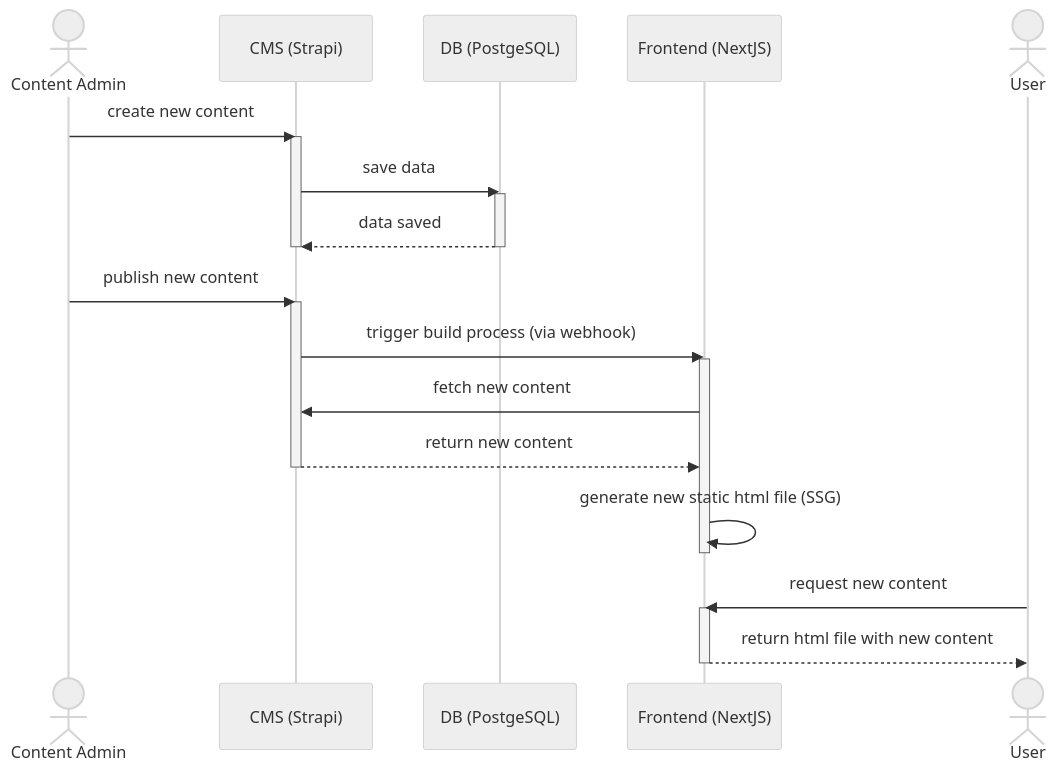
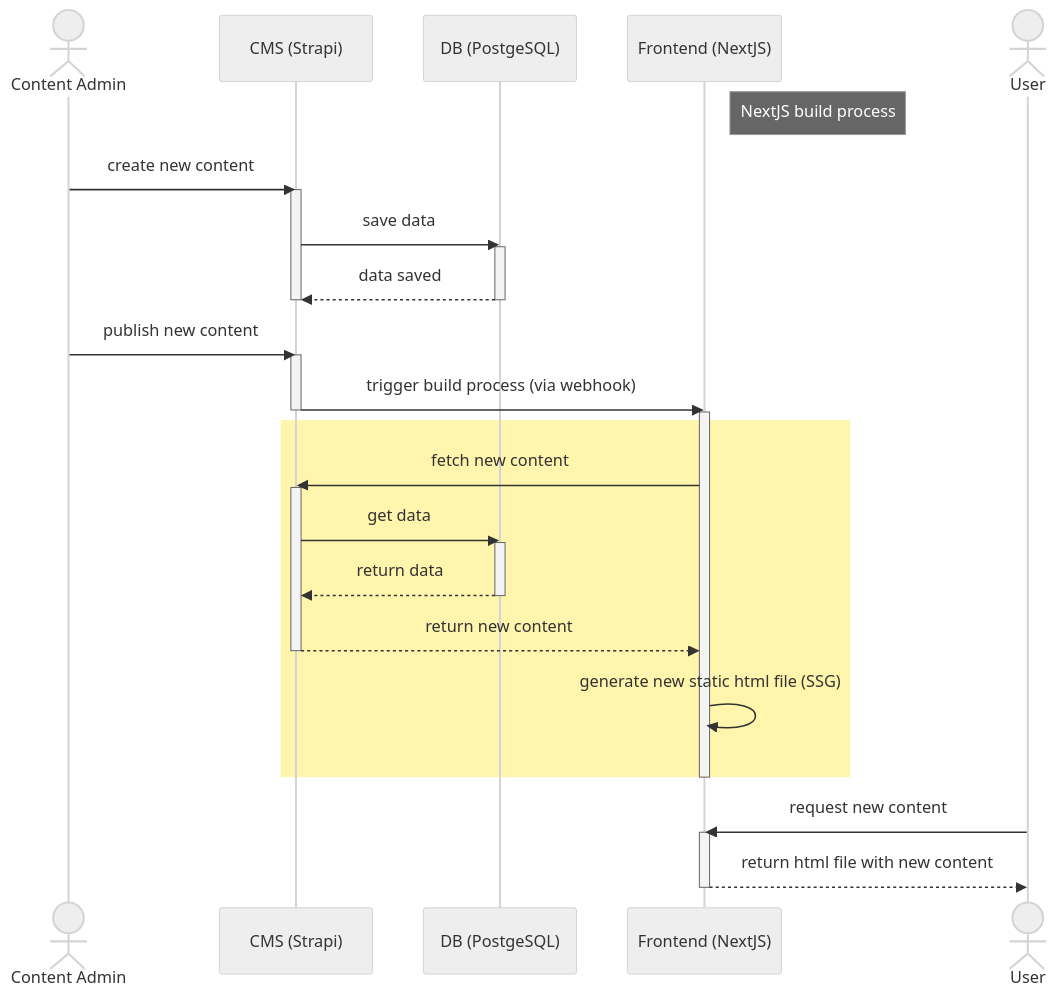
One commit to TSC-Rot-Gold-Casino-Nurnberg-e-V/diagrams changed the diagram in content-flow.md. Above: the diagram before and after it, drawn with Mermaid (neutral theme).

Commit message:
visualized build process when a new content is published

````diff
--- a/content-flow.md
+++ b/content-flow.md
@@ -5,28 +5,39 @@
 ```mermaid
 sequenceDiagram
     actor Content Admin
     participant CMS (Strapi)
     participant DB (PostgeSQL)
     participant Frontend (NextJS)
     actor User
+    
+    note right of Frontend (NextJS): NextJS build process
+
     Content Admin->>CMS (Strapi): create new content
     activate CMS (Strapi)
     CMS (Strapi)->>DB (PostgeSQL): save data
     activate DB (PostgeSQL)
     DB (PostgeSQL)-->>CMS (Strapi): data saved
     deactivate DB (PostgeSQL)
     deactivate CMS (Strapi)
     Content Admin->>CMS (Strapi): publish new content
     activate CMS (Strapi)
     CMS (Strapi)->>Frontend (NextJS): trigger build process (via webhook)
+    deactivate CMS (Strapi)
     activate Frontend (NextJS)
+    rect rgb(255, 245, 173)
     Frontend (NextJS)->>CMS (Strapi): fetch new content
+    activate CMS (Strapi)
+    CMS (Strapi)->> DB (PostgeSQL): get data
+    activate DB (PostgeSQL)
+    DB (PostgeSQL)-->> CMS (Strapi): return data
+    deactivate DB (PostgeSQL)
     CMS (Strapi)-->>Frontend (NextJS): return new content
     deactivate CMS (Strapi)
     Frontend (NextJS)->>Frontend (NextJS): generate new static html file (SSG)
+    end
     deactivate Frontend (NextJS)
     User->>Frontend (NextJS): request new content
     activate Frontend (NextJS)
     Frontend (NextJS)-->>User: return html file with new content
     deactivate Frontend (NextJS)
 ```
````
